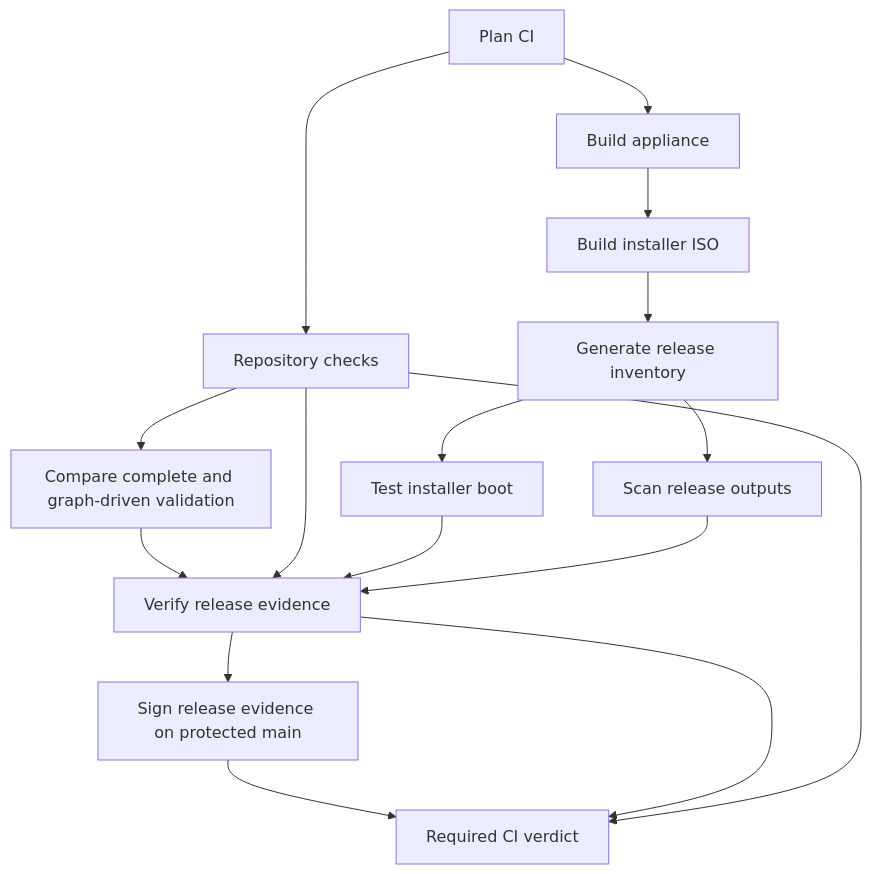
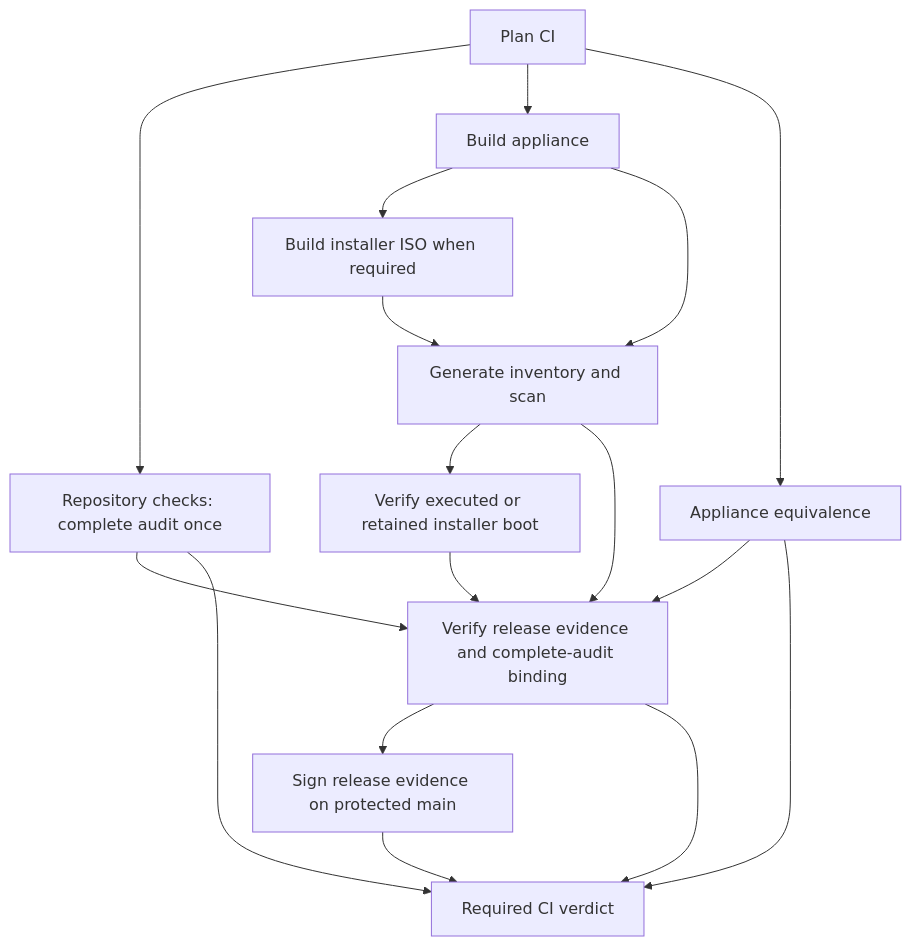
The diagram in docs/features.md (closure-labs/maestro), drawn with Mermaid before and after one commit. The commit also changed other lines of this file and 19 other files, not shown here.

Commit message:
ci: run full flake checks once and retire duplicate validation

````diff
--- a/docs/features.md
+++ b/docs/features.md
@@ -52,18 +52,19 @@
 ```mermaid
 flowchart TD
-  P[Plan CI] --> R[Repository checks]
+  P[Plan CI] --> R[Repository checks: complete audit once]
   P --> A[Build appliance]
-  R --> C[Compare complete and graph-driven validation]
-  C --> V
-  A --> I[Build installer ISO]
-  I --> N[Generate release inventory]
-  N --> B[Test installer boot]
-  N --> S[Scan release outputs]
-  R --> V[Verify release evidence]
+  P --> E[Appliance equivalence]
+  A --> I[Build installer ISO when required]
+  A --> N[Generate inventory and scan]
+  I --> N
+  N --> B[Verify executed or retained installer boot]
+  R --> V[Verify release evidence and complete-audit binding]
+  E --> V
   B --> V
-  S --> V
+  N --> V
   V --> G[Sign release evidence on protected main]
   G --> F[Required CI verdict]
   V --> F
   R --> F
+  E --> F
 ```
````
